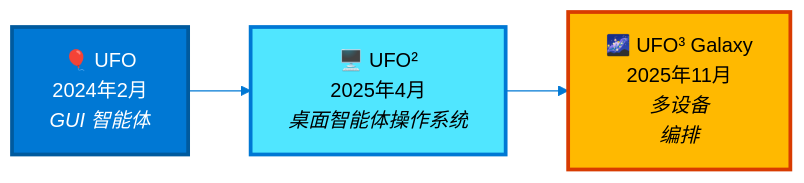
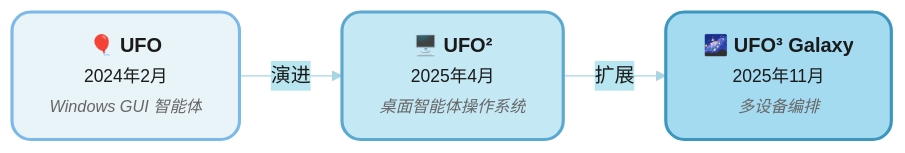
The first of 4 diagrams in README_ZH.md (microsoft/UFO), drawn with Mermaid before and after one commit. The commit also changed other lines of this file and 1 other file, not shown here.

````diff
--- a/README_ZH.md
+++ b/README_ZH.md
@@ -118,10 +118,14 @@
 ```mermaid
-%%{init: {'theme':'base', 'themeVariables': { 'primaryColor':'#0078D4','primaryTextColor':'#fff','primaryBorderColor':'#005A9E','lineColor':'#0078D4','secondaryColor':'#50E6FF','tertiaryColor':'#FFB900'}}}%%
+%%{init: {'theme':'base', 'themeVariables': { 'primaryColor':'#E8F4F8','primaryTextColor':'#1A1A1A','primaryBorderColor':'#7CB9E8','lineColor':'#A8D5E2','secondaryColor':'#B8E6F0','tertiaryColor':'#D4F1F4','fontSize':'16px','fontFamily':'Microsoft YaHei, Segoe UI, Arial, sans-serif'}}}%%
 graph LR
-    A["🎈 UFO<br/>2024年2月<br/><i>GUI 智能体</i>"] --> B["🖥️ UFO²<br/>2025年4月<br/><i>桌面智能体操作系统</i>"]
-    B --> C["🌌 UFO³ Galaxy<br/>2025年11月<br/><i>多设备<br/>编排</i>"]
+    A["<b>🎈 UFO</b><br/><span style='font-size:14px'>2024年2月</span><br/><span style='font-size:13px; color:#666'><i>Windows GUI 智能体</i></span>"] 
+    B["<b>🖥️ UFO²</b><br/><span style='font-size:14px'>2025年4月</span><br/><span style='font-size:13px; color:#666'><i>桌面智能体操作系统</i></span>"]
+    C["<b>🌌 UFO³ Galaxy</b><br/><span style='font-size:14px'>2025年11月</span><br/><span style='font-size:13px; color:#666'><i>多设备编排</i></span>"]
     
-    style A fill:#0078D4,stroke:#005A9E,stroke-width:3px,color:#fff
-    style B fill:#50E6FF,stroke:#0078D4,stroke-width:3px,color:#000
-    style C fill:#FFB900,stroke:#D83B01,stroke-width:3px,color:#000
+    A -->|演进| B
+    B -->|扩展| C
+    
+    style A fill:#E8F4F8,stroke:#7CB9E8,stroke-width:2.5px,color:#1A1A1A,rx:15,ry:15
+    style B fill:#C5E8F5,stroke:#5BA8D0,stroke-width:2.5px,color:#1A1A1A,rx:15,ry:15
+    style C fill:#A4DBF0,stroke:#3D96BE,stroke-width:2.5px,color:#1A1A1A,rx:15,ry:15
 ```
````
